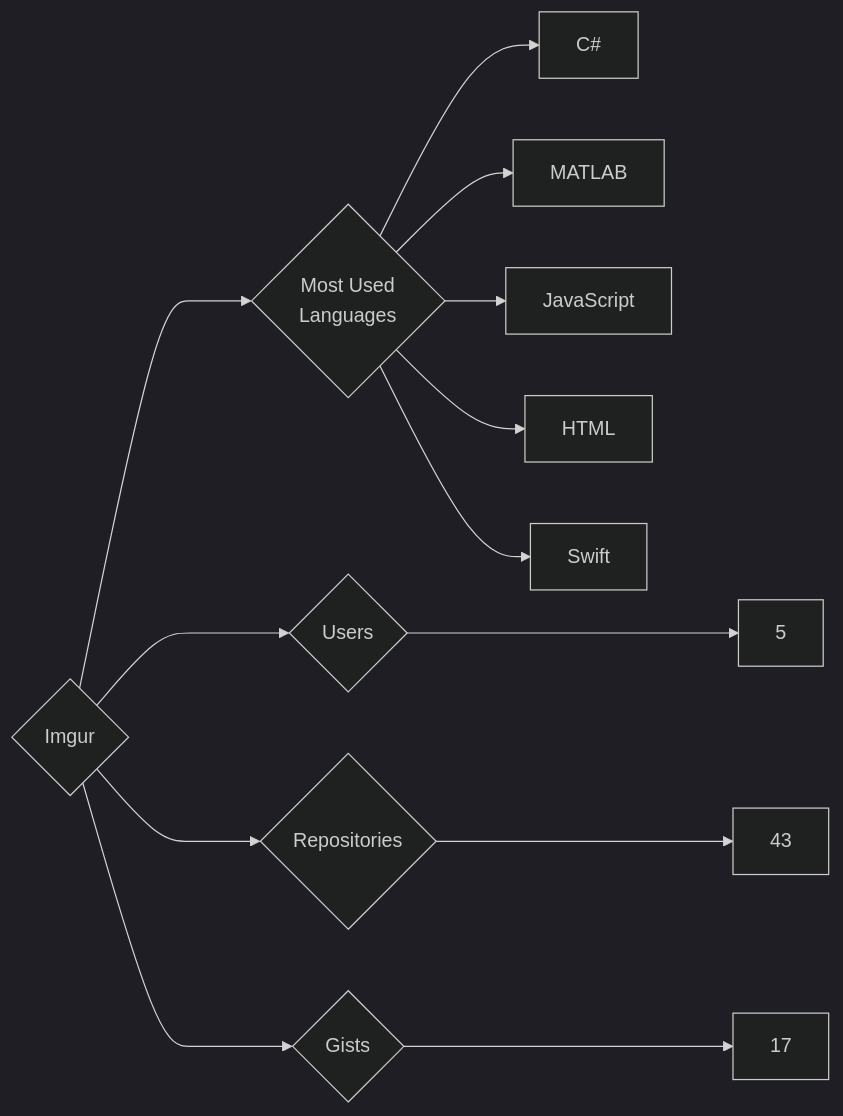
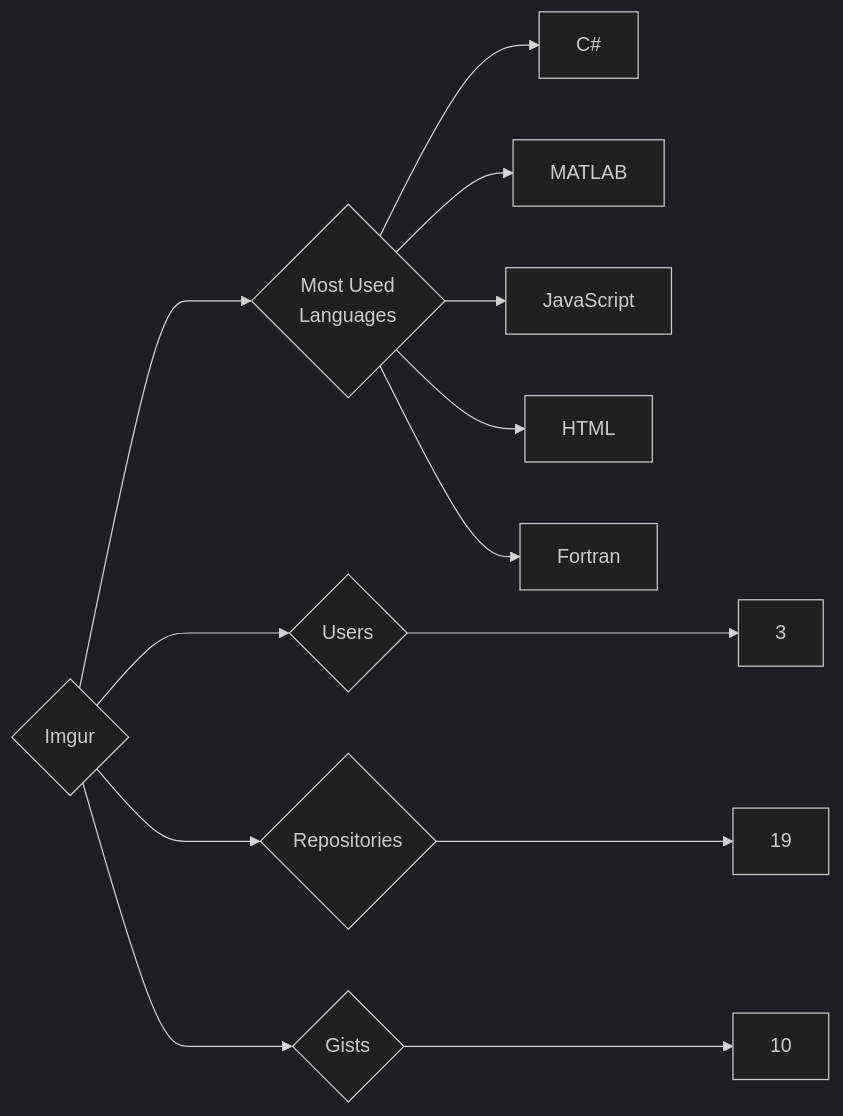
Before and after one commit to trickest/insiders: the diagram in targets/Imgur/README.md, drawn with Mermaid (dark theme). The commit also changed 997 other files, not shown here.

````diff
--- a/targets/Imgur/README.md
+++ b/targets/Imgur/README.md
@@ -3,13 +3,13 @@
 ```mermaid
 graph LR
 COMPANY_NAME{Imgur}
-COMPANY_NAME ---> U{Users} ---> UN[5]
-COMPANY_NAME ---> R{Repositories} ---> RN[43]
-COMPANY_NAME ---> G{Gists} ---> GN[17]
+COMPANY_NAME ---> U{Users} ---> UN[3]
+COMPANY_NAME ---> R{Repositories} ---> RN[19]
+COMPANY_NAME ---> G{Gists} ---> GN[10]
 COMPANY_NAME ---> ML{Most Used<br>Languages}
 ML --> C#[C#]
 ML --> MATLAB[MATLAB]
 ML --> JavaScript[JavaScript]
 ML --> HTML[HTML]
-ML --> Swift[Swift]
+ML --> Fortran[Fortran]
 ```
````
